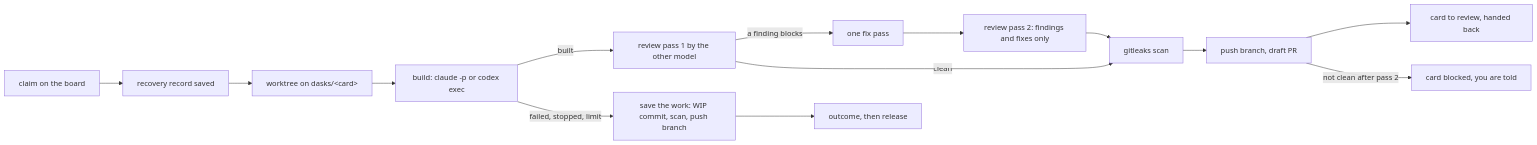
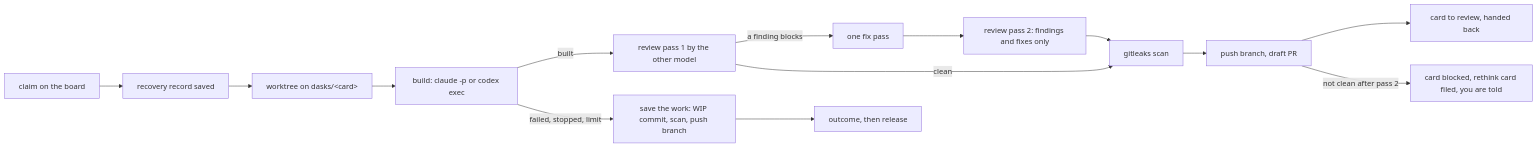
Before and after one commit to drake-agent/dasks-kit: the diagram in docs/runner.md, drawn with Mermaid. The commit also changed other lines of this file and 36 other files, not shown here.

````diff
--- a/docs/runner.md
+++ b/docs/runner.md
@@ -7,16 +7,16 @@
 ```mermaid
 flowchart LR
   A[claim on the board] --> B[recovery record saved]
   B --> C[worktree on dasks/&lt;card&gt;]
   C --> D[build: claude -p or codex exec]
   D -->|built| E[review pass 1 by the other model]
   E -->|a finding blocks| F[one fix pass]
   F --> P[review pass 2: findings and fixes only]
   E -->|clean| G[gitleaks scan]
   P --> G
   G --> H[push branch, draft PR]
   H --> I[card to review, handed back]
-  H -->|not clean after pass 2| B2[card blocked, you are told]
+  H -->|not clean after pass 2| B2[card blocked, rethink card filed, you are told]
   D -->|failed, stopped, limit| S[save the work: WIP commit, scan, push branch]
   S --> R[outcome, then release]
 ```
````
